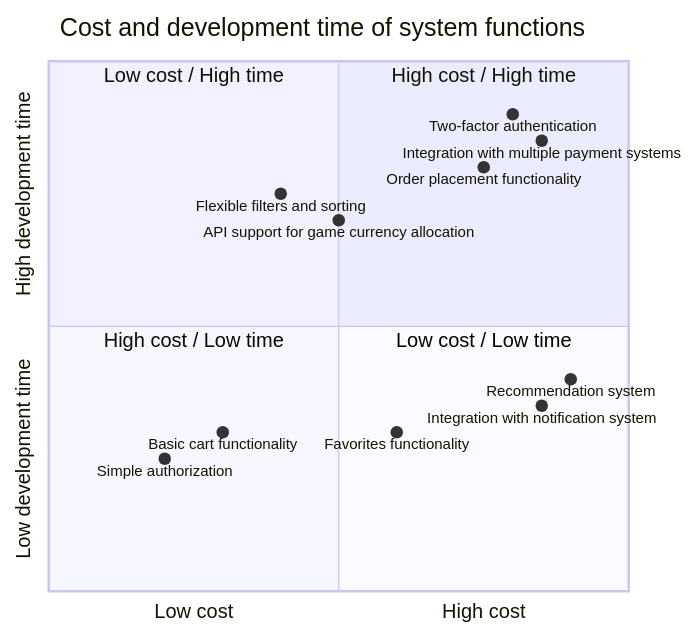
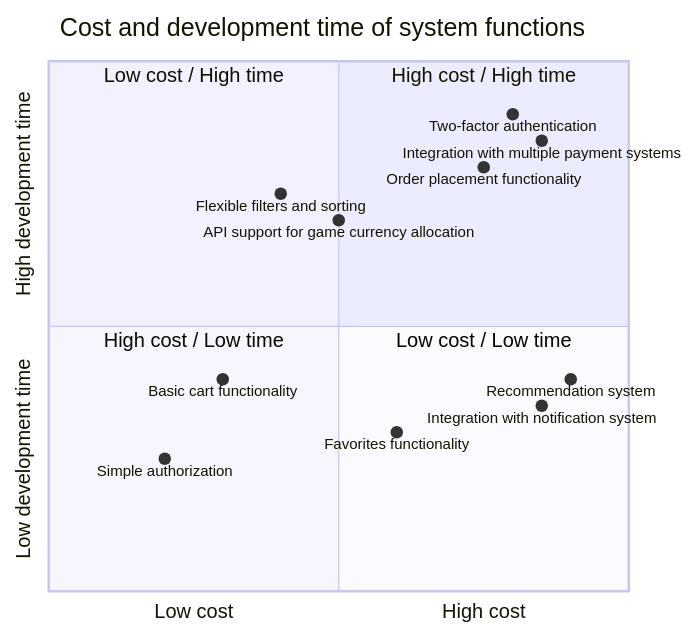
One commit to Malinadik/KPSS changed the third of 4 diagrams in README.md. Above: the diagram before and after it, drawn with Mermaid. The commit also changed other lines of this file, not shown here.

````diff
--- a/README.md
+++ b/README.md
@@ -110,21 +110,21 @@
 ```mermaid
 quadrantChart
     title Cost and development time of system functions
     x-axis Low cost --> High cost
     y-axis Low development time --> High development time
     quadrant-1 High cost / High time
     quadrant-2 Low cost / High time
     quadrant-3 High cost / Low time
     quadrant-4 Low cost / Low time
     
     Two-factor authentication: [0.8, 0.9]
     Integration with multiple payment systems: [0.85, 0.85]
     Order placement functionality: [0.75, 0.8]
     Flexible filters and sorting: [0.4, 0.75]
     API support for game currency allocation: [0.5, 0.7]
     Recommendation system: [0.9, 0.4]
     Integration with notification system: [0.85, 0.35]
     Favorites functionality: [0.6, 0.3]
-    Basic cart functionality: [0.3, 0.3]
+    Basic cart functionality: [0.3, 0.4]
     Simple authorization: [0.2, 0.25]
 ```
````
